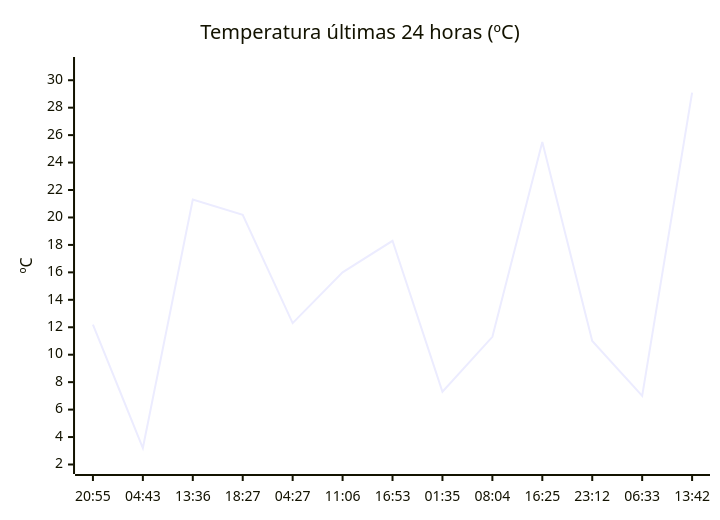
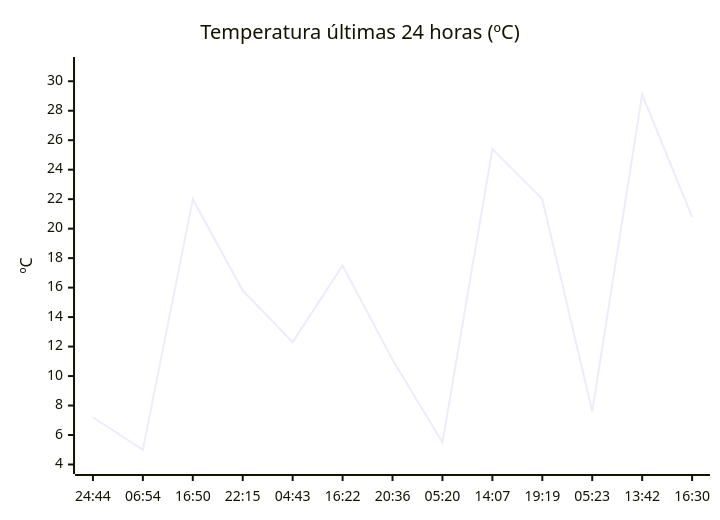
Before and after one commit to solidsnk86/rem-scrap: the diagram in README.md, drawn with Mermaid. The commit also changed other lines of this file, not shown here.

````diff
--- a/README.md
+++ b/README.md
@@ -28,7 +36,7 @@
 ```mermaid
 xychart-beta
     title "Temperatura últimas 24 horas (ºC)"
-    x-axis ["20:55", "04:43", "13:36", "18:27", "04:27", "11:06", "16:53", "01:35", "08:04", "16:25", "23:12", "06:33", "13:42"]
-    y-axis "ºC" 2 --> 31
-    line [12.2, 3.2, 21.3, 20.2, 12.3, 16, 18.3, 7.3, 11.3, 25.5, 11, 7, 29.1]
+    x-axis ["24:44", "06:54", "16:50", "22:15", "04:43", "16:22", "20:36", "05:20", "14:07", "19:19", "05:23", "13:42", "16:30"]
+    y-axis "ºC" 4 --> 31
+    line [7.2, 5, 22, 15.8, 12.3, 17.5, 11.1, 5.5, 25.4, 22, 7.6, 29.1, 20.8]
 ```
````
